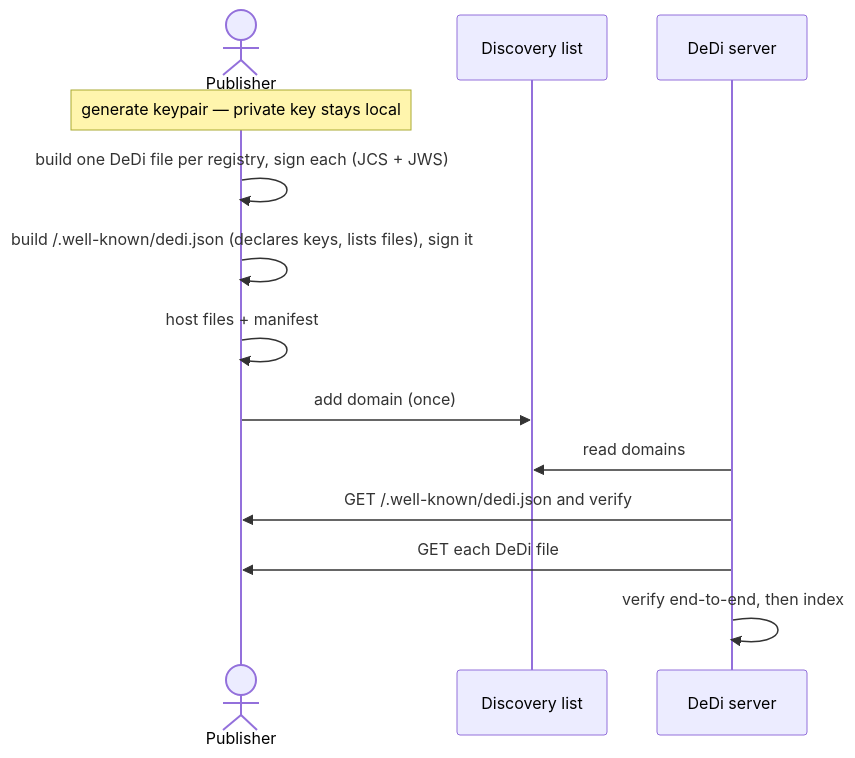
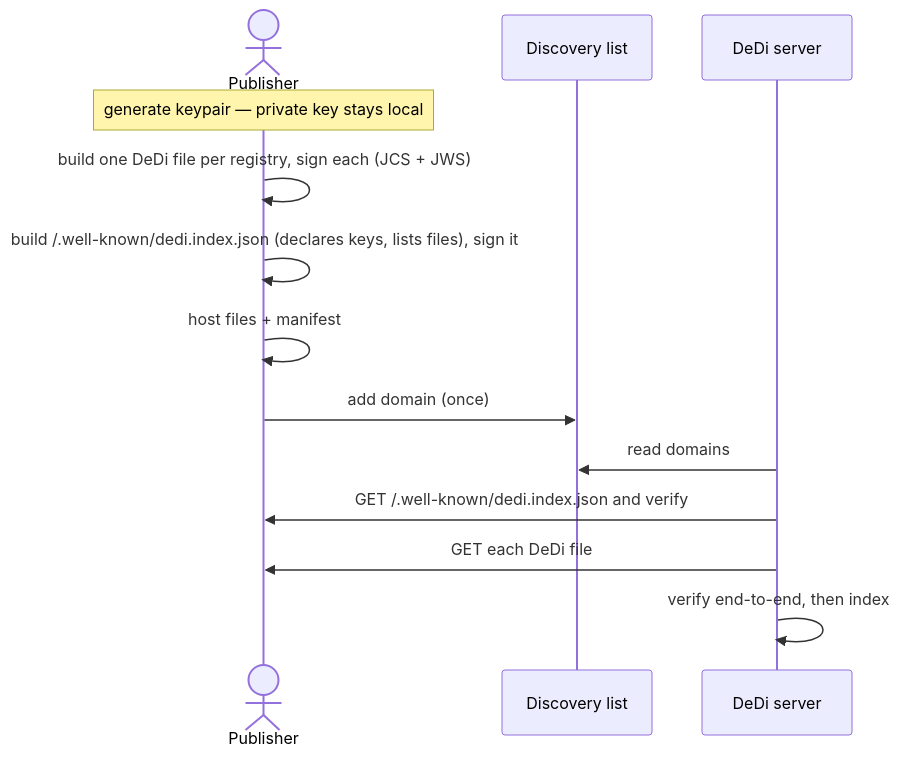
Before and after one commit to nfh-trust-labs/DeDi: the first of 6 diagrams in docs/publishing-dedi-files.md, drawn with Mermaid. The commit also changed other lines of this file and 9 other files, not shown here.

First line of the commit message:
Prefix naming: dedi.index.json manifest, dedi.<registry>.json files; partitioned discovery list

````diff
--- a/docs/publishing-dedi-files.md
+++ b/docs/publishing-dedi-files.md
@@ -458,15 +471,15 @@
 ```mermaid
 sequenceDiagram
     actor P as Publisher
     participant L as Discovery list
     participant S as DeDi server
     Note over P: generate keypair — private key stays local
     P->>P: build one DeDi file per registry, sign each (JCS + JWS)
-    P->>P: build /.well-known/dedi.json (declares keys, lists files), sign it
+    P->>P: build /.well-known/dedi.index.json (declares keys, lists files), sign it
     P->>P: host files + manifest
     P->>L: add domain (once)
     S->>L: read domains
-    S->>P: GET /.well-known/dedi.json and verify
+    S->>P: GET /.well-known/dedi.index.json and verify
     S->>P: GET each DeDi file
     S->>S: verify end-to-end, then index
 ```
````
